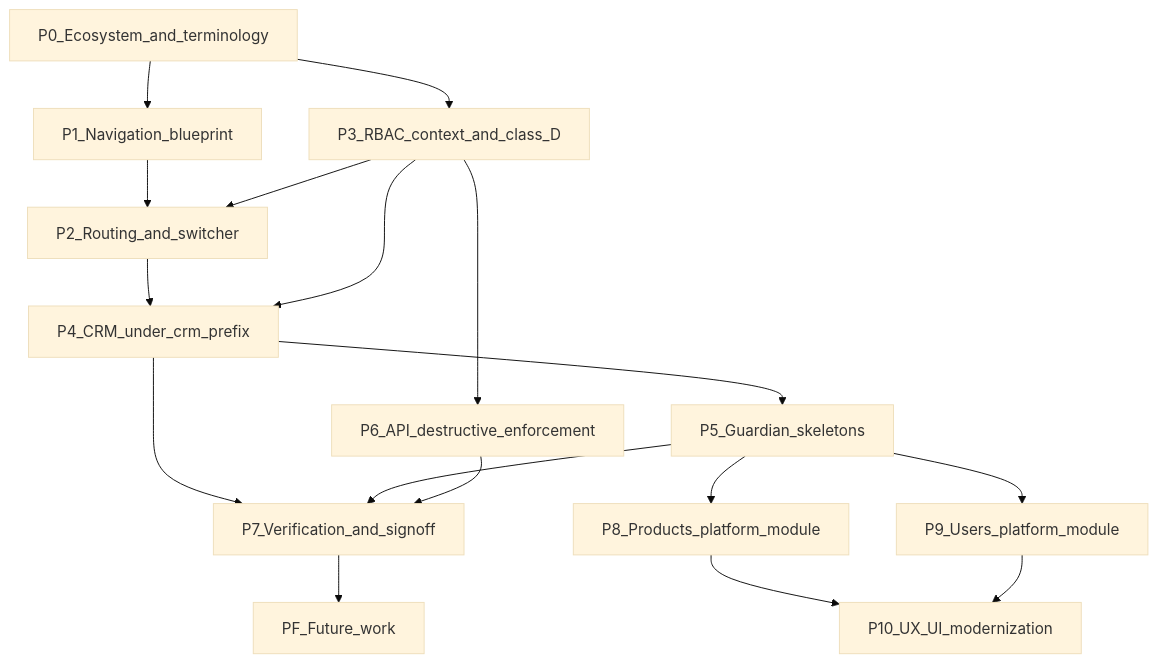
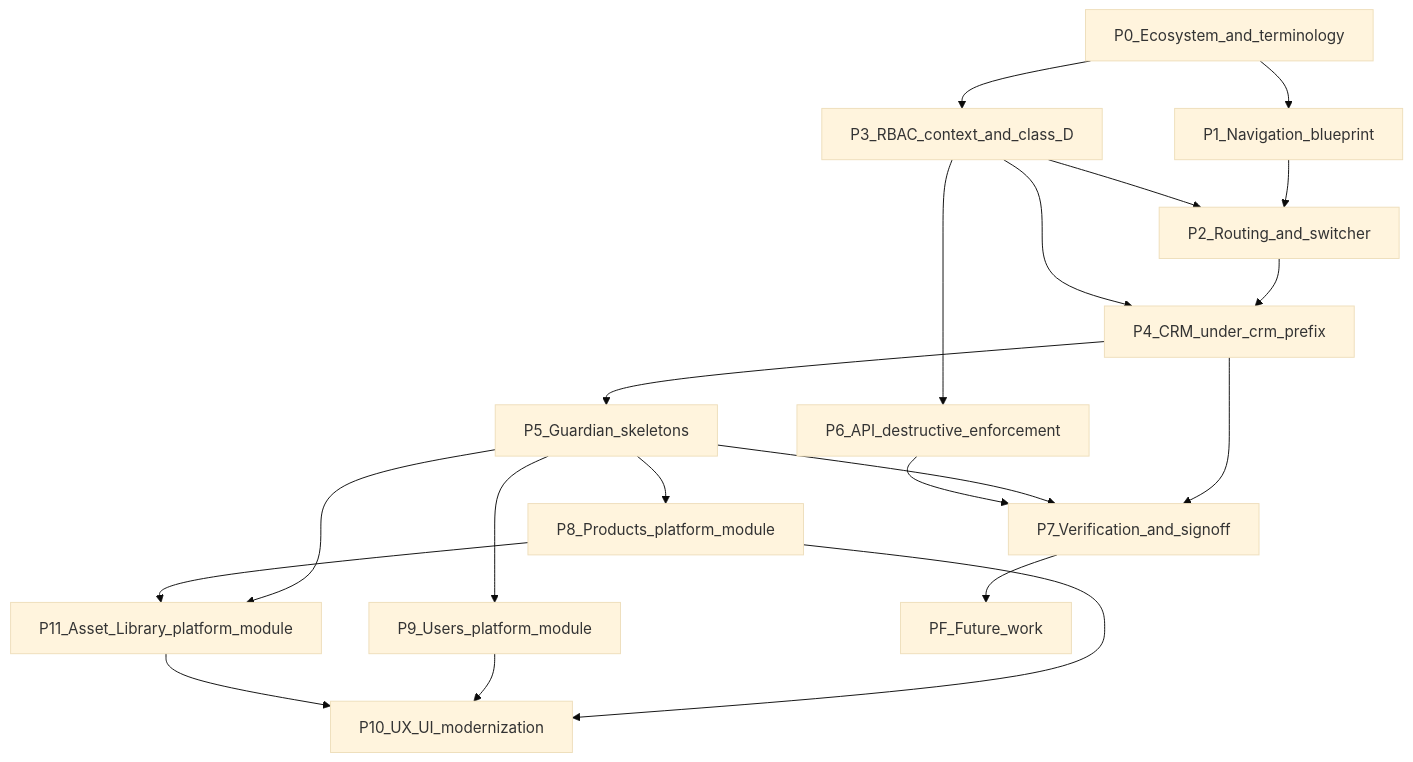
The diagram in docs/26-implementation-tracker.md (theabhissengar/clinexa-platform), drawn with Mermaid (base theme) before and after one commit. The commit also changed other lines of this file and 13 other files, not shown here.

First line of the commit message:
Add Asset Library platform module blueprint and sync architecture docs.

````diff
--- a/docs/26-implementation-tracker.md
+++ b/docs/26-implementation-tracker.md
@@ -305,31 +322,35 @@
 ```mermaid
 flowchart TD
   P0[P0_Ecosystem_and_terminology]
   P1[P1_Navigation_blueprint]
   P3[P3_RBAC_context_and_class_D]
   P2[P2_Routing_and_switcher]
   P4[P4_CRM_under_crm_prefix]
   P5[P5_Guardian_skeletons]
   P6[P6_API_destructive_enforcement]
   P7[P7_Verification_and_signoff]
   P8[P8_Products_platform_module]
   P9[P9_Users_platform_module]
+  P11[P11_Asset_Library_platform_module]
   P10[P10_UX_UI_modernization]
   PF[PF_Future_work]
   P0 --> P1
   P0 --> P3
   P1 --> P2
   P3 --> P2
   P2 --> P4
   P3 --> P4
   P4 --> P5
   P3 --> P6
   P4 --> P7
   P5 --> P7
   P6 --> P7
   P5 --> P8
   P5 --> P9
+  P5 --> P11
+  P8 --> P11
   P8 --> P10
   P9 --> P10
+  P11 --> P10
   P7 --> PF
 ```
````
